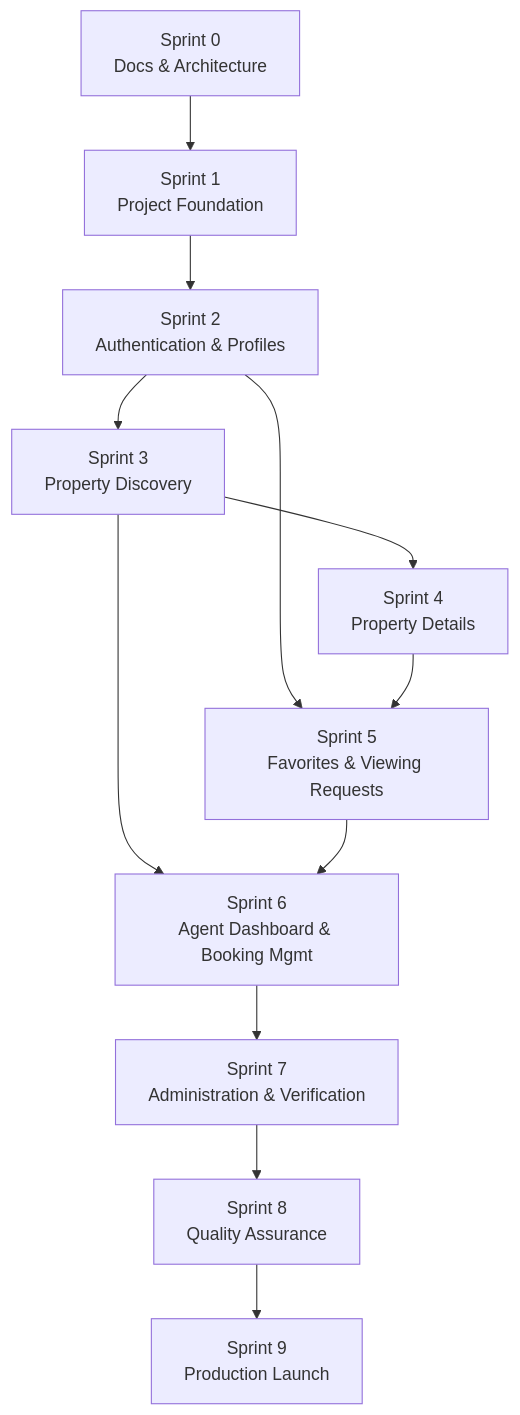
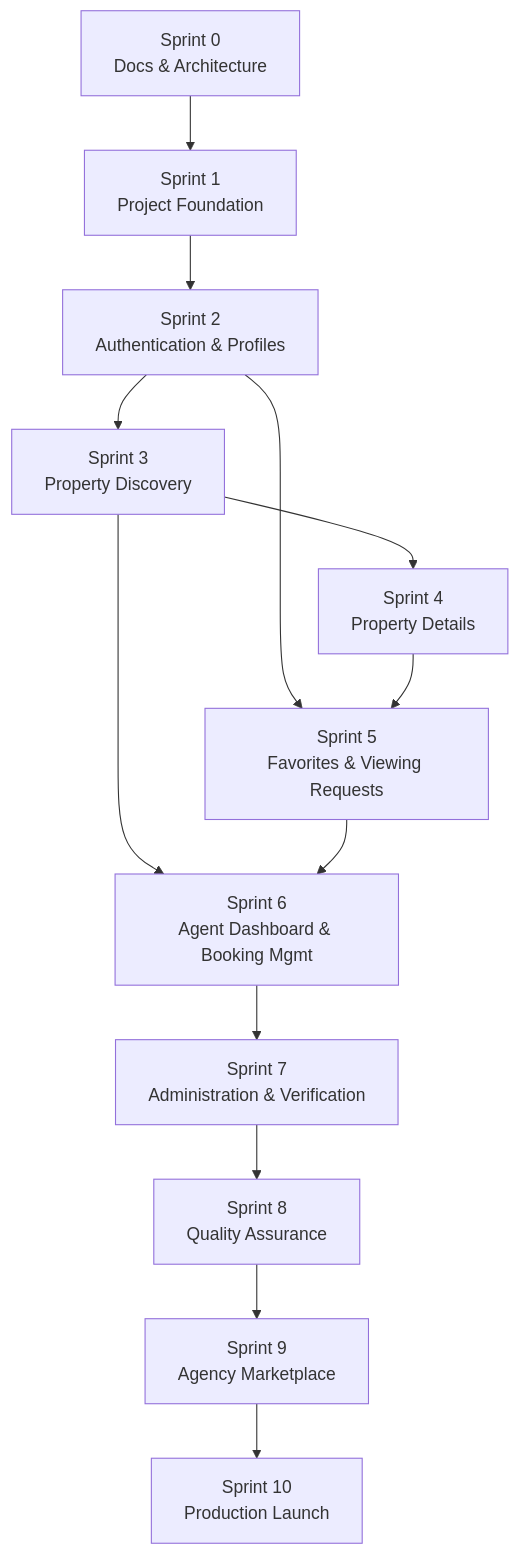
The first of 2 diagrams in docs/roadmap.md (Bigmanbiggiey/rental-hunt), drawn with Mermaid before and after one commit. The commit also changed other lines of this file and 7 other files, not shown here.

First line of the commit message:
docs: document Epic 12 (Agency Marketplace) across all governing docs

````diff
--- a/docs/roadmap.md
+++ b/docs/roadmap.md
@@ -315,14 +346,15 @@
 ```mermaid
 flowchart TD
     S0[Sprint 0<br/>Docs & Architecture] --> S1[Sprint 1<br/>Project Foundation]
     S1 --> S2[Sprint 2<br/>Authentication & Profiles]
     S2 --> S3[Sprint 3<br/>Property Discovery]
     S3 --> S4[Sprint 4<br/>Property Details]
     S2 --> S5
     S4 --> S5[Sprint 5<br/>Favorites & Viewing Requests]
     S3 --> S6
     S5 --> S6[Sprint 6<br/>Agent Dashboard & Booking Mgmt]
     S6 --> S7[Sprint 7<br/>Administration & Verification]
     S7 --> S8[Sprint 8<br/>Quality Assurance]
-    S8 --> S9[Sprint 9<br/>Production Launch]
+    S8 --> S9[Sprint 9<br/>Agency Marketplace]
+    S9 --> S10[Sprint 10<br/>Production Launch]
 ```
````
